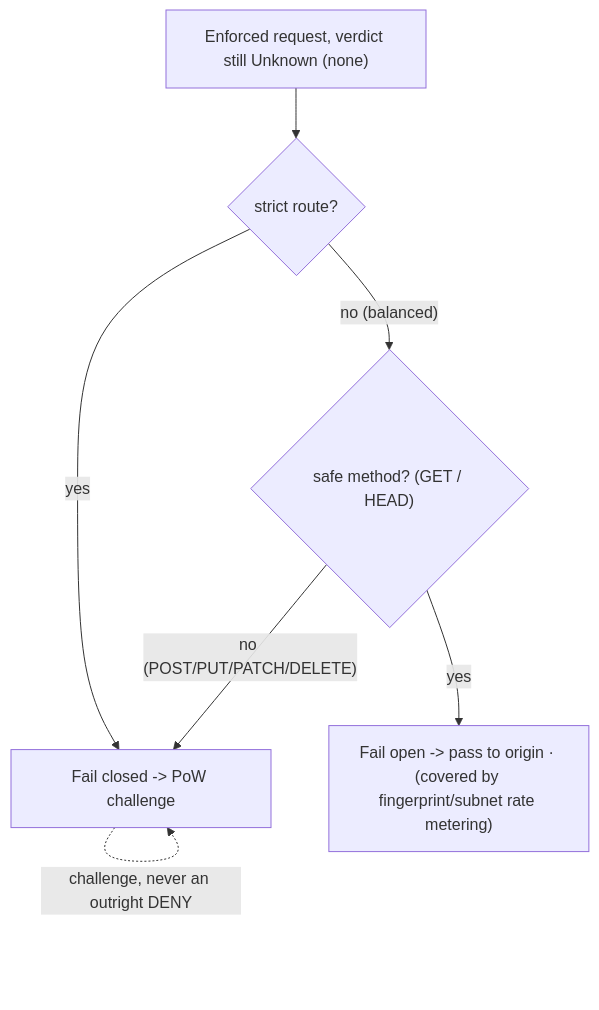
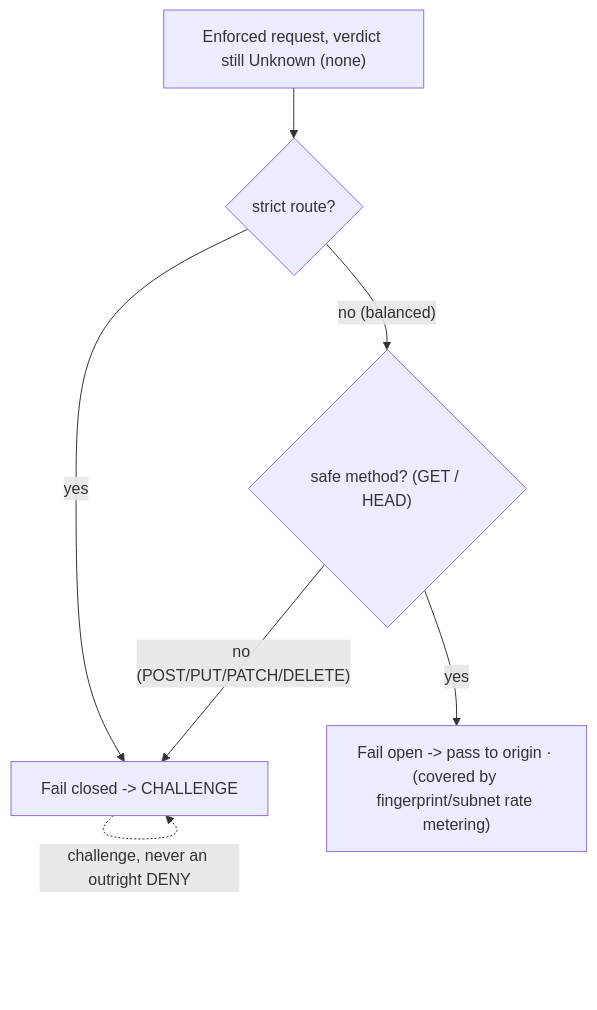
One commit to modootoday/humanymous changed the diagram in docs/explanation/will-this-break-my-app.md. Above: the diagram before and after it, drawn with Mermaid. The commit also changed other lines of this file and 62 other files, not shown here.

````diff
--- a/docs/explanation/will-this-break-my-app.md
+++ b/docs/explanation/will-this-break-my-app.md
@@ -62,9 +62,9 @@
 ```mermaid
 flowchart TD
   R["Enforced request, verdict still Unknown (none)"] --> U{"strict route?"}
-  U -- "yes" --> C["Fail closed -> PoW challenge"]
+  U -- "yes" --> C["Fail closed -> CHALLENGE"]
   U -- "no (balanced)" --> M{"safe method? (GET / HEAD)"}
   M -- "no (POST/PUT/PATCH/DELETE)" --> C
   M -- "yes" --> O["Fail open -> pass to origin · (covered by fingerprint/subnet rate metering)"]
   C -. "challenge, never an outright DENY" .-> C
 ```
````
